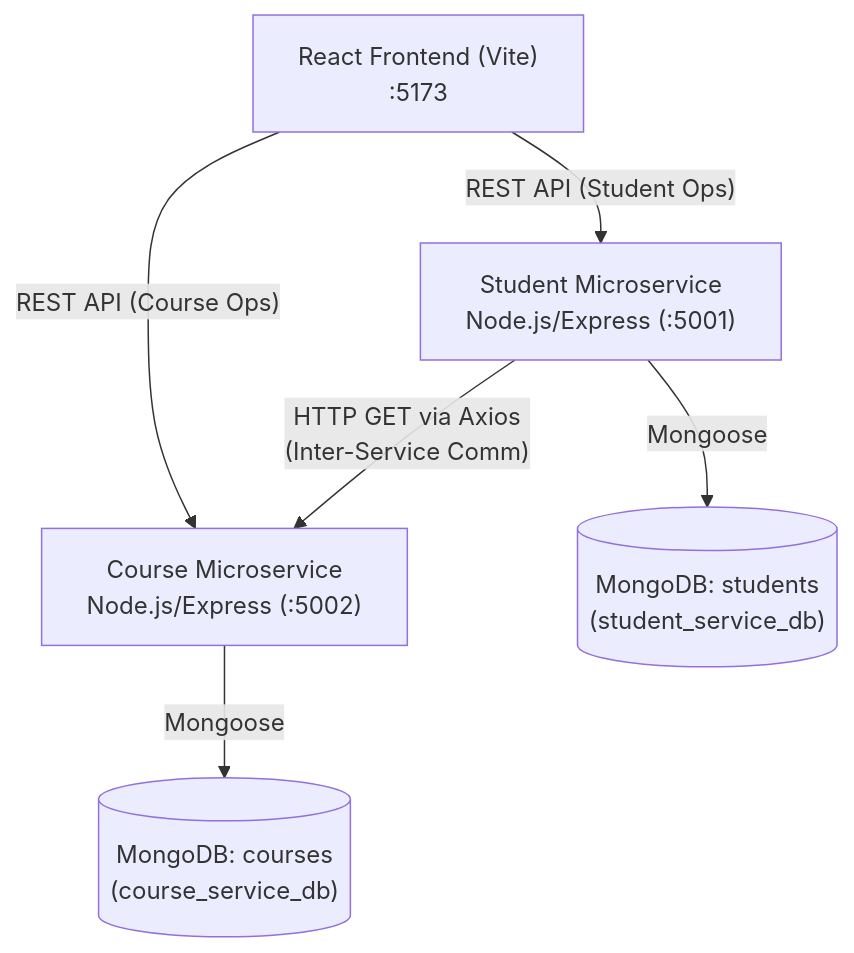
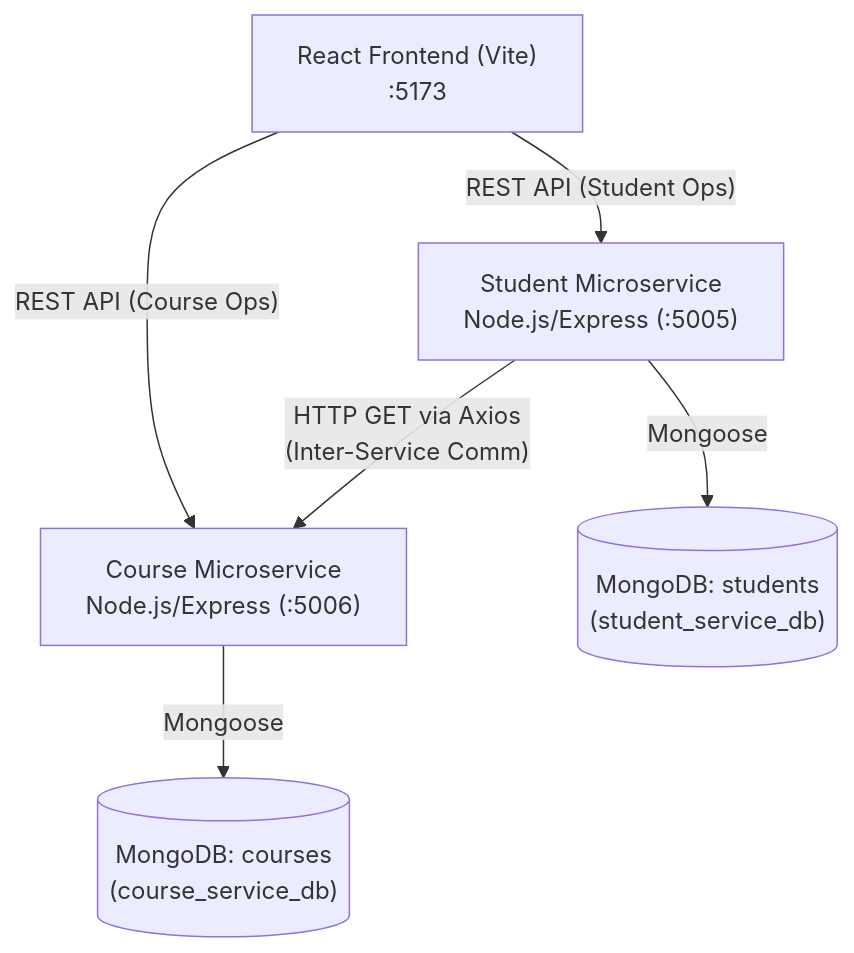
Before and after one commit to DeepthiKeshavaraj/Student-Course-Management: the diagram in README.md, drawn with Mermaid. The commit also changed other lines of this file and 13 other files, not shown here.

Commit message:
fix(ports): switch Student Service to port 5005 and Course Service to port 5006

````diff
--- a/README.md
+++ b/README.md
@@ -38,9 +38,9 @@
 ```mermaid
 graph TD
     Client["React Frontend (Vite) <br/> :5173"]
-    Client -->|"REST API (Student Ops)"| StudentService["Student Microservice <br/> Node.js/Express (:5001)"]
-    Client -->|"REST API (Course Ops)"| CourseService["Course Microservice <br/> Node.js/Express (:5002)"]
+    Client -->|"REST API (Student Ops)"| StudentService["Student Microservice <br/> Node.js/Express (:5005)"]
+    Client -->|"REST API (Course Ops)"| CourseService["Course Microservice <br/> Node.js/Express (:5006)"]
     StudentService -->|"HTTP GET via Axios <br/> (Inter-Service Comm)"| CourseService
     StudentService -->|"Mongoose"| StudentDB[("MongoDB: students <br/> (student_service_db)")]
     CourseService -->|"Mongoose"| CourseDB[("MongoDB: courses <br/> (course_service_db)")]
 ```
````
